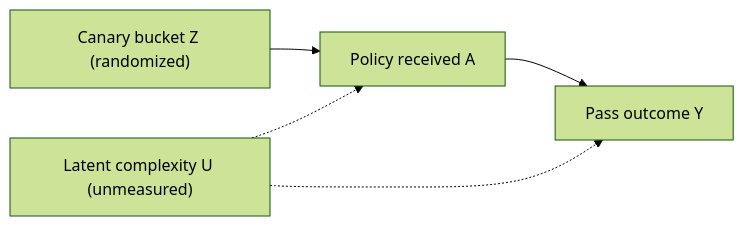
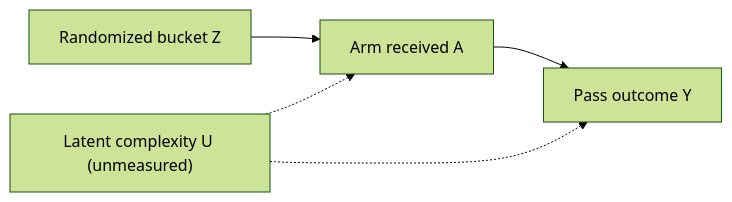
Before and after one commit to bvolpato/leetllm: the diagram in web/src/content/foundations/causal-inference-confounding-counterfactuals/content.md, drawn with Mermaid (forest theme). The commit also changed other lines of this file and 23 other files, not shown here.

````diff
--- a/web/src/content/foundations/causal-inference-confounding-counterfactuals/content.md
+++ b/web/src/content/foundations/causal-inference-confounding-counterfactuals/content.md
@@ -370,7 +337,7 @@
 ```mermaid
 flowchart LR
-  Z["Canary bucket Z (randomized)"]:::primary --> A["Policy received A"]:::primary
+  Z["Randomized bucket Z"]:::primary --> A["Arm received A"]:::primary
   U["Latent complexity U (unmeasured)"]:::danger -.-> A
   U -.-> Y["Pass outcome Y"]:::success
   A --> Y
 ```
````
